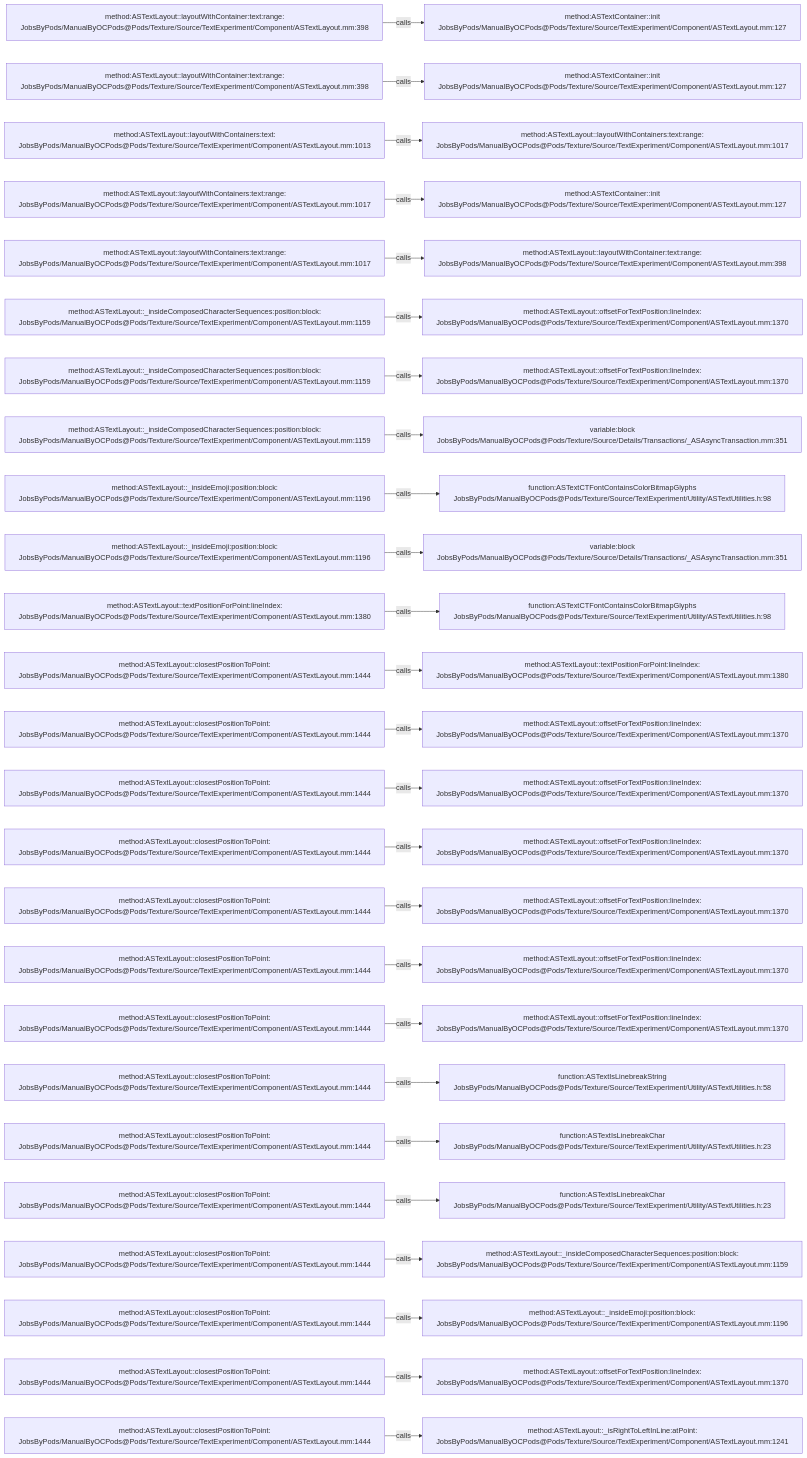
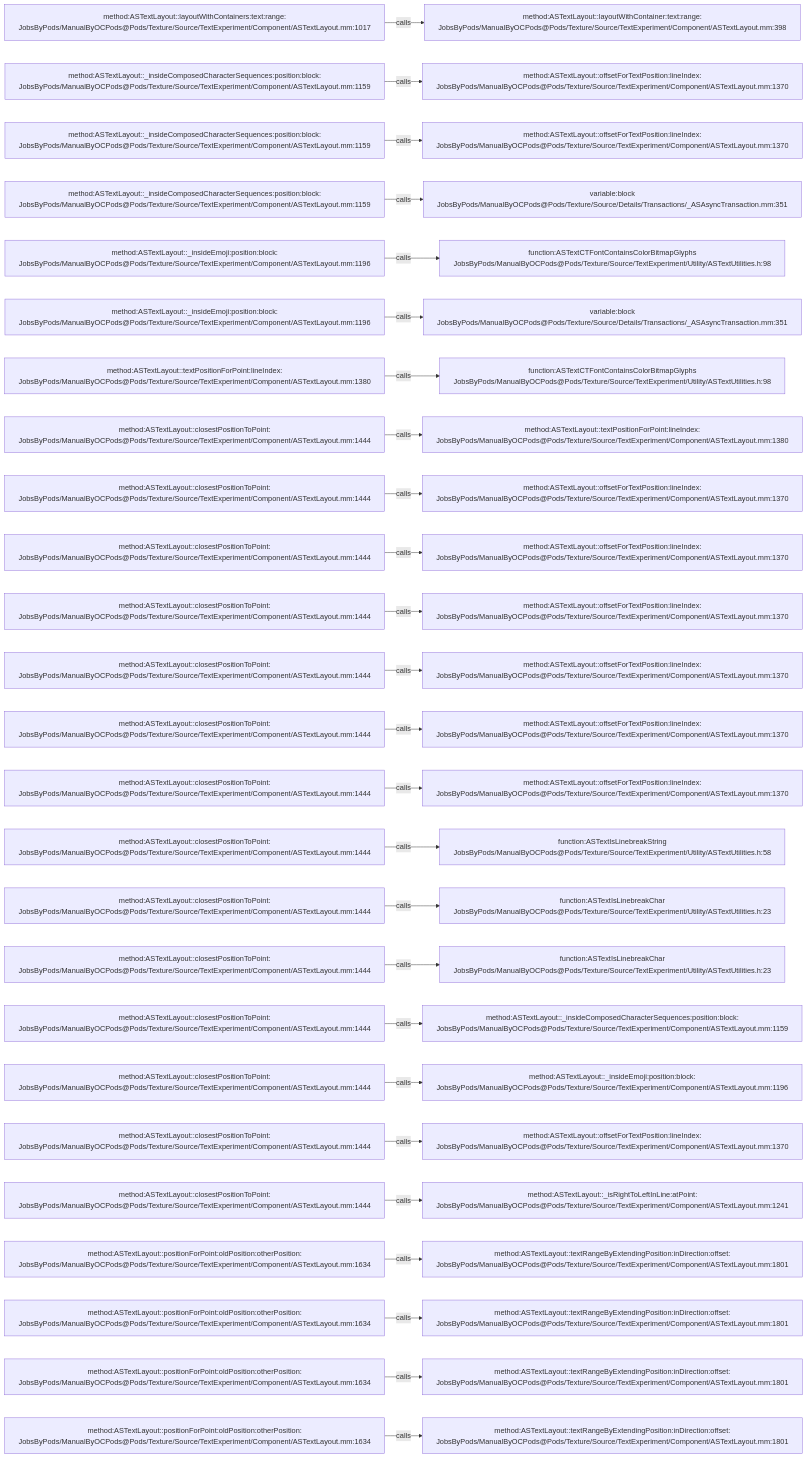
Before and after one commit to JobsKits/JobsOCBaseConfigDemo: the diagram in .codegraph/codegraph.md/graphs/calls-200.md, drawn with Mermaid. The commit also changed 727 other files, not shown here.

````diff
--- a/.codegraph/codegraph.md/graphs/calls-200.md
+++ b/.codegraph/codegraph.md/graphs/calls-200.md
@@ -13,78 +13,78 @@
 ```mermaid
 flowchart LR
-  S1["method:ASTextLayout::layoutWithContainer:text:range:<br/>JobsByPods/ManualByOCPods@Pods/Texture/Source/TextExperiment/Component/ASTextLayout.mm:398"]
-  T1["method:ASTextContainer::init<br/>JobsByPods/ManualByOCPods@Pods/Texture/Source/TextExperiment/Component/ASTextLayout.mm:127"]
+  S1["method:ASTextLayout::layoutWithContainers:text:range:<br/>JobsByPods/ManualByOCPods@Pods/Texture/Source/TextExperiment/Component/ASTextLayout.mm:1017"]
+  T1["method:ASTextLayout::layoutWithContainer:text:range:<br/>JobsByPods/ManualByOCPods@Pods/Texture/Source/TextExperiment/Component/ASTextLayout.mm:398"]
   S1 -->|calls| T1
-  S2["method:ASTextLayout::layoutWithContainer:text:range:<br/>JobsByPods/ManualByOCPods@Pods/Texture/Source/TextExperiment/Component/ASTextLayout.mm:398"]
-  T2["method:ASTextContainer::init<br/>JobsByPods/ManualByOCPods@Pods/Texture/Source/TextExperiment/Component/ASTextLayout.mm:127"]
+  S2["method:ASTextLayout::_insideComposedCharacterSequences:position:block:<br/>JobsByPods/ManualByOCPods@Pods/Texture/Source/TextExperiment/Component/ASTextLayout.mm:1159"]
+  T2["method:ASTextLayout::offsetForTextPosition:lineIndex:<br/>JobsByPods/ManualByOCPods@Pods/Texture/Source/TextExperiment/Component/ASTextLayout.mm:1370"]
   S2 -->|calls| T2
-  S3["method:ASTextLayout::layoutWithContainers:text:<br/>JobsByPods/ManualByOCPods@Pods/Texture/Source/TextExperiment/Component/ASTextLayout.mm:1013"]
-  T3["method:ASTextLayout::layoutWithContainers:text:range:<br/>JobsByPods/ManualByOCPods@Pods/Texture/Source/TextExperiment/Component/ASTextLayout.mm:1017"]
+  S3["method:ASTextLayout::_insideComposedCharacterSequences:position:block:<br/>JobsByPods/ManualByOCPods@Pods/Texture/Source/TextExperiment/Component/ASTextLayout.mm:1159"]
+  T3["method:ASTextLayout::offsetForTextPosition:lineIndex:<br/>JobsByPods/ManualByOCPods@Pods/Texture/Source/TextExperiment/Component/ASTextLayout.mm:1370"]
   S3 -->|calls| T3
-  S4["method:ASTextLayout::layoutWithContainers:text:range:<br/>JobsByPods/ManualByOCPods@Pods/Texture/Source/TextExperiment/Component/ASTextLayout.mm:1017"]
-  T4["method:ASTextContainer::init<br/>JobsByPods/ManualByOCPods@Pods/Texture/Source/TextExperiment/Component/ASTextLayout.mm:127"]
+  S4["method:ASTextLayout::_insideComposedCharacterSequences:position:block:<br/>JobsByPods/ManualByOCPods@Pods/Texture/Source/TextExperiment/Component/ASTextLayout.mm:1159"]
+  T4["variable:block<br/>JobsByPods/ManualByOCPods@Pods/Texture/Source/Details/Transactions/_ASAsyncTransaction.mm:351"]
   S4 -->|calls| T4
-  S5["method:ASTextLayout::layoutWithContainers:text:range:<br/>JobsByPods/ManualByOCPods@Pods/Texture/Source/TextExperiment/Component/ASTextLayout.mm:1017"]
-  T5["method:ASTextLayout::layoutWithContainer:text:range:<br/>JobsByPods/ManualByOCPods@Pods/Texture/Source/TextExperiment/Component/ASTextLayout.mm:398"]
+  S5["method:ASTextLayout::_insideEmoji:position:block:<br/>JobsByPods/ManualByOCPods@Pods/Texture/Source/TextExperiment/Component/ASTextLayout.mm:1196"]
+  T5["function:ASTextCTFontContainsColorBitmapGlyphs<br/>JobsByPods/ManualByOCPods@Pods/Texture/Source/TextExperiment/Utility/ASTextUtilities.h:98"]
   S5 -->|calls| T5
-  S6["method:ASTextLayout::_insideComposedCharacterSequences:position:block:<br/>JobsByPods/ManualByOCPods@Pods/Texture/Source/TextExperiment/Component/ASTextLayout.mm:1159"]
-  T6["method:ASTextLayout::offsetForTextPosition:lineIndex:<br/>JobsByPods/ManualByOCPods@Pods/Texture/Source/TextExperiment/Component/ASTextLayout.mm:1370"]
+  S6["method:ASTextLayout::_insideEmoji:position:block:<br/>JobsByPods/ManualByOCPods@Pods/Texture/Source/TextExperiment/Component/ASTextLayout.mm:1196"]
+  T6["variable:block<br/>JobsByPods/ManualByOCPods@Pods/Texture/Source/Details/Transactions/_ASAsyncTransaction.mm:351"]
   S6 -->|calls| T6
-  S7["method:ASTextLayout::_insideComposedCharacterSequences:position:block:<br/>JobsByPods/ManualByOCPods@Pods/Texture/Source/TextExperiment/Component/ASTextLayout.mm:1159"]
-  T7["method:ASTextLayout::offsetForTextPosition:lineIndex:<br/>JobsByPods/ManualByOCPods@Pods/Texture/Source/TextExperiment/Component/ASTextLayout.mm:1370"]
+  S7["method:ASTextLayout::textPositionForPoint:lineIndex:<br/>JobsByPods/ManualByOCPods@Pods/Texture/Source/TextExperiment/Component/ASTextLayout.mm:1380"]
+  T7["function:ASTextCTFontContainsColorBitmapGlyphs<br/>JobsByPods/ManualByOCPods@Pods/Texture/Source/TextExperiment/Utility/ASTextUtilities.h:98"]
   S7 -->|calls| T7
-  S8["method:ASTextLayout::_insideComposedCharacterSequences:position:block:<br/>JobsByPods/ManualByOCPods@Pods/Texture/Source/TextExperiment/Component/ASTextLayout.mm:1159"]
-  T8["variable:block<br/>JobsByPods/ManualByOCPods@Pods/Texture/Source/Details/Transactions/_ASAsyncTransaction.mm:351"]
+  S8["method:ASTextLayout::closestPositionToPoint:<br/>JobsByPods/ManualByOCPods@Pods/Texture/Source/TextExperiment/Component/ASTextLayout.mm:1444"]
+  T8["method:ASTextLayout::textPositionForPoint:lineIndex:<br/>JobsByPods/ManualByOCPods@Pods/Texture/Source/TextExperiment/Component/ASTextLayout.mm:1380"]
   S8 -->|calls| T8
-  S9["method:ASTextLayout::_insideEmoji:position:block:<br/>JobsByPods/ManualByOCPods@Pods/Texture/Source/TextExperiment/Component/ASTextLayout.mm:1196"]
-  T9["function:ASTextCTFontContainsColorBitmapGlyphs<br/>JobsByPods/ManualByOCPods@Pods/Texture/Source/TextExperiment/Utility/ASTextUtilities.h:98"]
+  S9["method:ASTextLayout::closestPositionToPoint:<br/>JobsByPods/ManualByOCPods@Pods/Texture/Source/TextExperiment/Component/ASTextLayout.mm:1444"]
+  T9["method:ASTextLayout::offsetForTextPosition:lineIndex:<br/>JobsByPods/ManualByOCPods@Pods/Texture/Source/TextExperiment/Component/ASTextLayout.mm:1370"]
   S9 -->|calls| T9
-  S10["method:ASTextLayout::_insideEmoji:position:block:<br/>JobsByPods/ManualByOCPods@Pods/Texture/Source/TextExperiment/Component/ASTextLayout.mm:1196"]
-  T10["variable:block<br/>JobsByPods/ManualByOCPods@Pods/Texture/Source/Details/Transactions/_ASAsyncTransaction.mm:351"]
+  S10["method:ASTextLayout::closestPositionToPoint:<br/>JobsByPods/ManualByOCPods@Pods/Texture/Source/TextExperiment/Component/ASTextLayout.mm:1444"]
+  T10["method:ASTextLayout::offsetForTextPosition:lineIndex:<br/>JobsByPods/ManualByOCPods@Pods/Texture/Source/TextExperiment/Component/ASTextLayout.mm:1370"]
   S10 -->|calls| T10
-  S11["method:ASTextLayout::textPositionForPoint:lineIndex:<br/>JobsByPods/ManualByOCPods@Pods/Texture/Source/TextExperiment/Component/ASTextLayout.mm:1380"]
-  T11["function:ASTextCTFontContainsColorBitmapGlyphs<br/>JobsByPods/ManualByOCPods@Pods/Texture/Source/TextExperiment/Utility/ASTextUtilities.h:98"]
+  S11["method:ASTextLayout::closestPositionToPoint:<br/>JobsByPods/ManualByOCPods@Pods/Texture/Source/TextExperiment/Component/ASTextLayout.mm:1444"]
+  T11["method:ASTextLayout::offsetForTextPosition:lineIndex:<br/>JobsByPods/ManualByOCPods@Pods/Texture/Source/TextExperiment/Component/ASTextLayout.mm:1370"]
   S11 -->|calls| T11
   S12["method:ASTextLayout::closestPositionToPoint:<br/>JobsByPods/ManualByOCPods@Pods/Texture/Source/TextExperiment/Component/ASTextLayout.mm:1444"]
-  T12["method:ASTextLayout::textPositionForPoint:lineIndex:<br/>JobsByPods/ManualByOCPods@Pods/Texture/Source/TextExperiment/Component/ASTextLayout.mm:1380"]
+  T12["method:ASTextLayout::offsetForTextPosition:lineIndex:<br/>JobsByPods/ManualByOCPods@Pods/Texture/Source/TextExperiment/Component/ASTextLayout.mm:1370"]
   S12 -->|calls| T12
   S13["method:ASTextLayout::closestPositionToPoint:<br/>JobsByPods/ManualByOCPods@Pods/Texture/Source/TextExperiment/Component/ASTextLayout.mm:1444"]
   T13["method:ASTextLayout::offsetForTextPosition:lineIndex:<br/>JobsByPods/ManualByOCPods@Pods/Texture/Source/TextExperiment/Component/ASTextLayout.mm:1370"]
   S13 -->|calls| T13
   S14["method:ASTextLayout::closestPositionToPoint:<br/>JobsByPods/ManualByOCPods@Pods/Texture/Source/TextExperiment/Component/ASTextLayout.mm:1444"]
   T14["method:ASTextLayout::offsetForTextPosition:lineIndex:<br/>JobsByPods/ManualByOCPods@Pods/Texture/Source/TextExperiment/Component/ASTextLayout.mm:1370"]
   S14 -->|calls| T14
   S15["method:ASTextLayout::closestPositionToPoint:<br/>JobsByPods/ManualByOCPods@Pods/Texture/Source/TextExperiment/Component/ASTextLayout.mm:1444"]
-  T15["method:ASTextLayout::offsetForTextPosition:lineIndex:<br/>JobsByPods/ManualByOCPods@Pods/Texture/Source/TextExperiment/Component/ASTextLayout.mm:1370"]
+  T15["function:ASTextIsLinebreakString<br/>JobsByPods/ManualByOCPods@Pods/Texture/Source/TextExperiment/Utility/ASTextUtilities.h:58"]
   S15 -->|calls| T15
   S16["method:ASTextLayout::closestPositionToPoint:<br/>JobsByPods/ManualByOCPods@Pods/Texture/Source/TextExperiment/Component/ASTextLayout.mm:1444"]
-  T16["method:ASTextLayout::offsetForTextPosition:lineIndex:<br/>JobsByPods/ManualByOCPods@Pods/Texture/Source/TextExperiment/Component/ASTextLayout.mm:1370"]
+  T16["function:ASTextIsLinebreakChar<br/>JobsByPods/ManualByOCPods@Pods/Texture/Source/TextExperiment/Utility/ASTextUtilities.h:23"]
   S16 -->|calls| T16
   S17["method:ASTextLayout::closestPositionToPoint:<br/>JobsByPods/ManualByOCPods@Pods/Texture/Source/TextExperiment/Component/ASTextLayout.mm:1444"]
-  T17["method:ASTextLayout::offsetForTextPosition:lineIndex:<br/>JobsByPods/ManualByOCPods@Pods/Texture/Source/TextExperiment/Component/ASTextLayout.mm:1370"]
+  T17["function:ASTextIsLinebreakChar<br/>JobsByPods/ManualByOCPods@Pods/Texture/Source/TextExperiment/Utility/ASTextUtilities.h:23"]
   S17 -->|calls| T17
   S18["method:ASTextLayout::closestPositionToPoint:<br/>JobsByPods/ManualByOCPods@Pods/Texture/Source/TextExperiment/Component/ASTextLayout.mm:1444"]
-  T18["method:ASTextLayout::offsetForTextPosition:lineIndex:<br/>JobsByPods/ManualByOCPods@Pods/Texture/Source/TextExperiment/Component/ASTextLayout.mm:1370"]
+  T18["method:ASTextLayout::_insideComposedCharacterSequences:position:block:<br/>JobsByPods/ManualByOCPods@Pods/Texture/Source/TextExperiment/Component/ASTextLayout.mm:1159"]
   S18 -->|calls| T18
   S19["method:ASTextLayout::closestPositionToPoint:<br/>JobsByPods/ManualByOCPods@Pods/Texture/Source/TextExperiment/Component/ASTextLayout.mm:1444"]
-  T19["function:ASTextIsLinebreakString<br/>JobsByPods/ManualByOCPods@Pods/Texture/Source/TextExperiment/Utility/ASTextUtilities.h:58"]
+  T19["method:ASTextLayout::_insideEmoji:position:block:<br/>JobsByPods/ManualByOCPods@Pods/Texture/Source/TextExperiment/Component/ASTextLayout.mm:1196"]
   S19 -->|calls| T19
   S20["method:ASTextLayout::closestPositionToPoint:<br/>JobsByPods/ManualByOCPods@Pods/Texture/Source/TextExperiment/Component/ASTextLayout.mm:1444"]
-  T20["function:ASTextIsLinebreakChar<br/>JobsByPods/ManualByOCPods@Pods/Texture/Source/TextExperiment/Utility/ASTextUtilities.h:23"]
+  T20["method:ASTextLayout::offsetForTextPosition:lineIndex:<br/>JobsByPods/ManualByOCPods@Pods/Texture/Source/TextExperiment/Component/ASTextLayout.mm:1370"]
   S20 -->|calls| T20
   S21["method:ASTextLayout::closestPositionToPoint:<br/>JobsByPods/ManualByOCPods@Pods/Texture/Source/TextExperiment/Component/ASTextLayout.mm:1444"]
-  T21["function:ASTextIsLinebreakChar<br/>JobsByPods/ManualByOCPods@Pods/Texture/Source/TextExperiment/Utility/ASTextUtilities.h:23"]
+  T21["method:ASTextLayout::_isRightToLeftInLine:atPoint:<br/>JobsByPods/ManualByOCPods@Pods/Texture/Source/TextExperiment/Component/ASTextLayout.mm:1241"]
   S21 -->|calls| T21
-  S22["method:ASTextLayout::closestPositionToPoint:<br/>JobsByPods/ManualByOCPods@Pods/Texture/Source/TextExperiment/Component/ASTextLayout.mm:1444"]
-  T22["method:ASTextLayout::_insideComposedCharacterSequences:position:block:<br/>JobsByPods/ManualByOCPods@Pods/Texture/Source/TextExperiment/Component/ASTextLayout.mm:1159"]
+  S22["method:ASTextLayout::positionForPoint:oldPosition:otherPosition:<br/>JobsByPods/ManualByOCPods@Pods/Texture/Source/TextExperiment/Component/ASTextLayout.mm:1634"]
+  T22["method:ASTextLayout::textRangeByExtendingPosition:inDirection:offset:<br/>JobsByPods/ManualByOCPods@Pods/Texture/Source/TextExperiment/Component/ASTextLayout.mm:1801"]
   S22 -->|calls| T22
-  S23["method:ASTextLayout::closestPositionToPoint:<br/>JobsByPods/ManualByOCPods@Pods/Texture/Source/TextExperiment/Component/ASTextLayout.mm:1444"]
-  T23["method:ASTextLayout::_insideEmoji:position:block:<br/>JobsByPods/ManualByOCPods@Pods/Texture/Source/TextExperiment/Component/ASTextLayout.mm:1196"]
+  S23["method:ASTextLayout::positionForPoint:oldPosition:otherPosition:<br/>JobsByPods/ManualByOCPods@Pods/Texture/Source/TextExperiment/Component/ASTextLayout.mm:1634"]
+  T23["method:ASTextLayout::textRangeByExtendingPosition:inDirection:offset:<br/>JobsByPods/ManualByOCPods@Pods/Texture/Source/TextExperiment/Component/ASTextLayout.mm:1801"]
   S23 -->|calls| T23
-  S24["method:ASTextLayout::closestPositionToPoint:<br/>JobsByPods/ManualByOCPods@Pods/Texture/Source/TextExperiment/Component/ASTextLayout.mm:1444"]
-  T24["method:ASTextLayout::offsetForTextPosition:lineIndex:<br/>JobsByPods/ManualByOCPods@Pods/Texture/Source/TextExperiment/Component/ASTextLayout.mm:1370"]
+  S24["method:ASTextLayout::positionForPoint:oldPosition:otherPosition:<br/>JobsByPods/ManualByOCPods@Pods/Texture/Source/TextExperiment/Component/ASTextLayout.mm:1634"]
+  T24["method:ASTextLayout::textRangeByExtendingPosition:inDirection:offset:<br/>JobsByPods/ManualByOCPods@Pods/Texture/Source/TextExperiment/Component/ASTextLayout.mm:1801"]
   S24 -->|calls| T24
-  S25["method:ASTextLayout::closestPositionToPoint:<br/>JobsByPods/ManualByOCPods@Pods/Texture/Source/TextExperiment/Component/ASTextLayout.mm:1444"]
-  T25["method:ASTextLayout::_isRightToLeftInLine:atPoint:<br/>JobsByPods/ManualByOCPods@Pods/Texture/Source/TextExperiment/Component/ASTextLayout.mm:1241"]
+  S25["method:ASTextLayout::positionForPoint:oldPosition:otherPosition:<br/>JobsByPods/ManualByOCPods@Pods/Texture/Source/TextExperiment/Component/ASTextLayout.mm:1634"]
+  T25["method:ASTextLayout::textRangeByExtendingPosition:inDirection:offset:<br/>JobsByPods/ManualByOCPods@Pods/Texture/Source/TextExperiment/Component/ASTextLayout.mm:1801"]
   S25 -->|calls| T25
 ```
````
